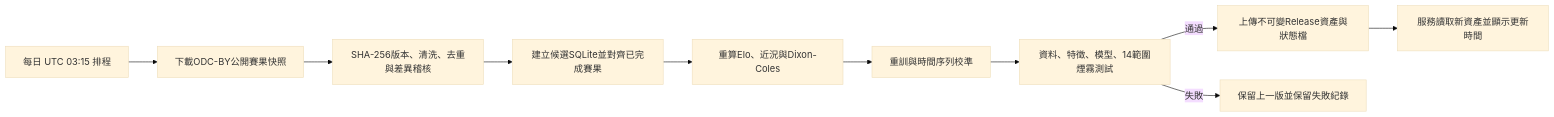
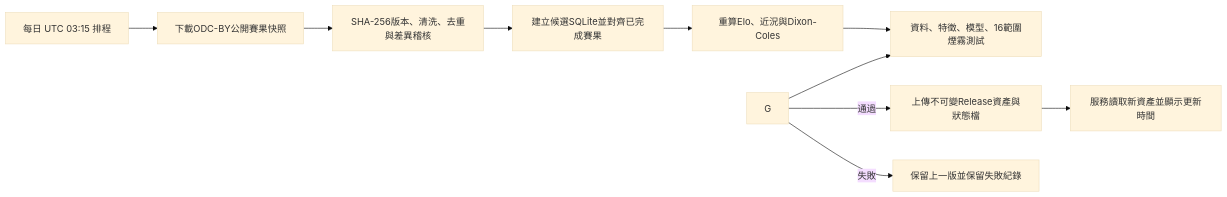
The diagram in docs/DATA_PIPELINE_AUTOMATION.md (zendog968-ai/football-prediction-app), drawn with Mermaid (base theme) before and after one commit. The commit also changed other lines of this file and 8 other files, not shown here.

````diff
--- a/docs/DATA_PIPELINE_AUTOMATION.md
+++ b/docs/DATA_PIPELINE_AUTOMATION.md
@@ -15,12 +15,12 @@
 ```mermaid
 flowchart LR
   A[每日 UTC 03:15 排程] --> B[下載ODC-BY公開賽果快照]
   B --> C[SHA-256版本、清洗、去重與差異稽核]
   C --> D[建立候選SQLite並對齊已完成賽果]
   D --> E[重算Elo、近況與Dixon-Coles]
   E --> F[重訓與時間序列校準]
-  F --> G[資料、特徵、模型、14範圍煙霧測試]
+  G --> F[資料、特徵、模型、16範圍煙霧測試]
   G -->|通過| H[上傳不可變Release資產與狀態檔]
   G -->|失敗| I[保留上一版並保留失敗紀錄]
   H --> J[服務讀取新資產並顯示更新時間]
 ```
````
